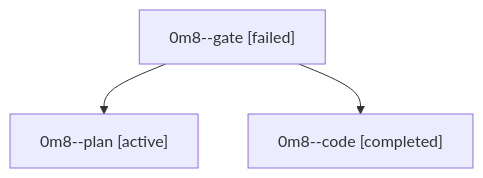
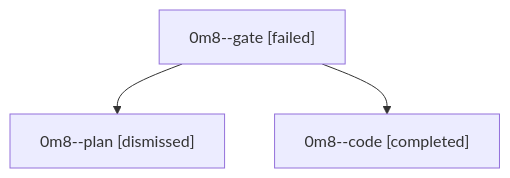
One commit to sase-org/sase--agents changed the diagram in sessions/bbugyi200.athena.0m8.md. Above: the diagram before and after it, drawn with Mermaid. The commit also changed other lines of this file and 30 other files, not shown here.

````diff
--- a/sessions/bbugyi200.athena.0m8.md
+++ b/sessions/bbugyi200.athena.0m8.md
@@ -9,8 +9,8 @@
 ```mermaid
 flowchart TD
   n0["0m8--gate [failed]"]
-  n1["0m8--plan [active]"]
+  n1["0m8--plan [dismissed]"]
   n0 --> n1
   n2["0m8--code [completed]"]
   n0 --> n2
 ```
````
